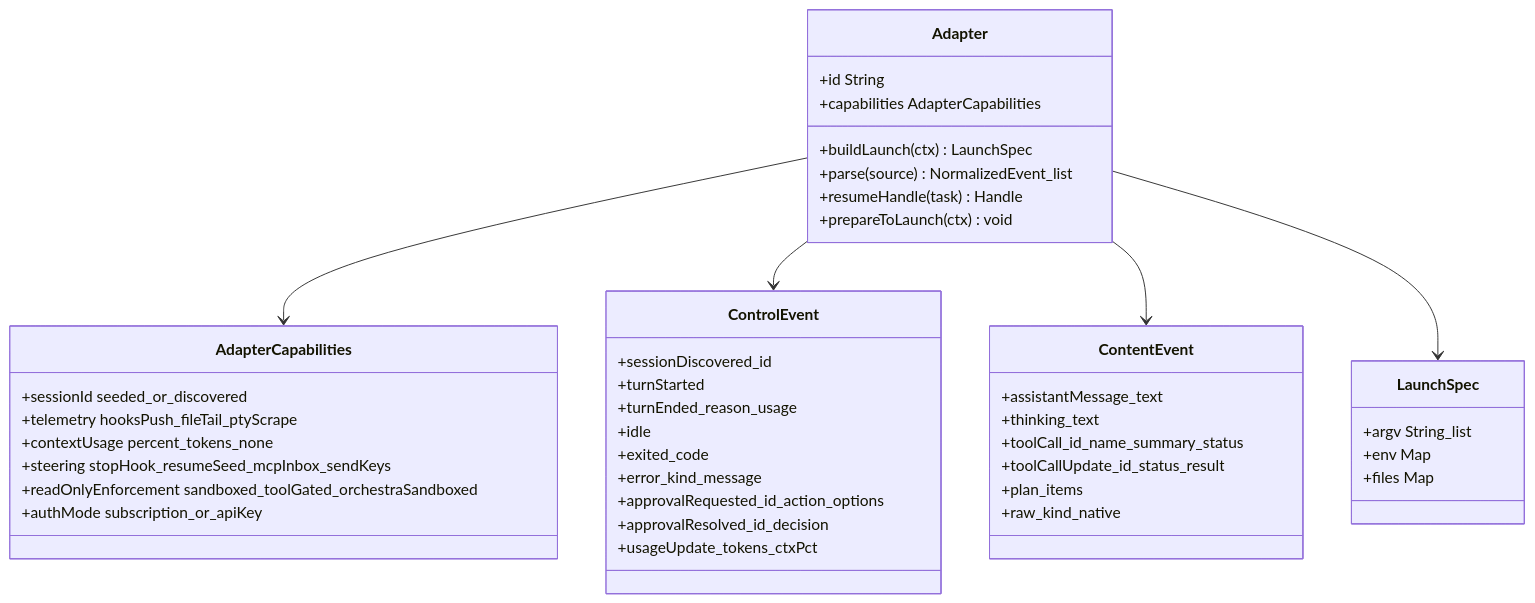
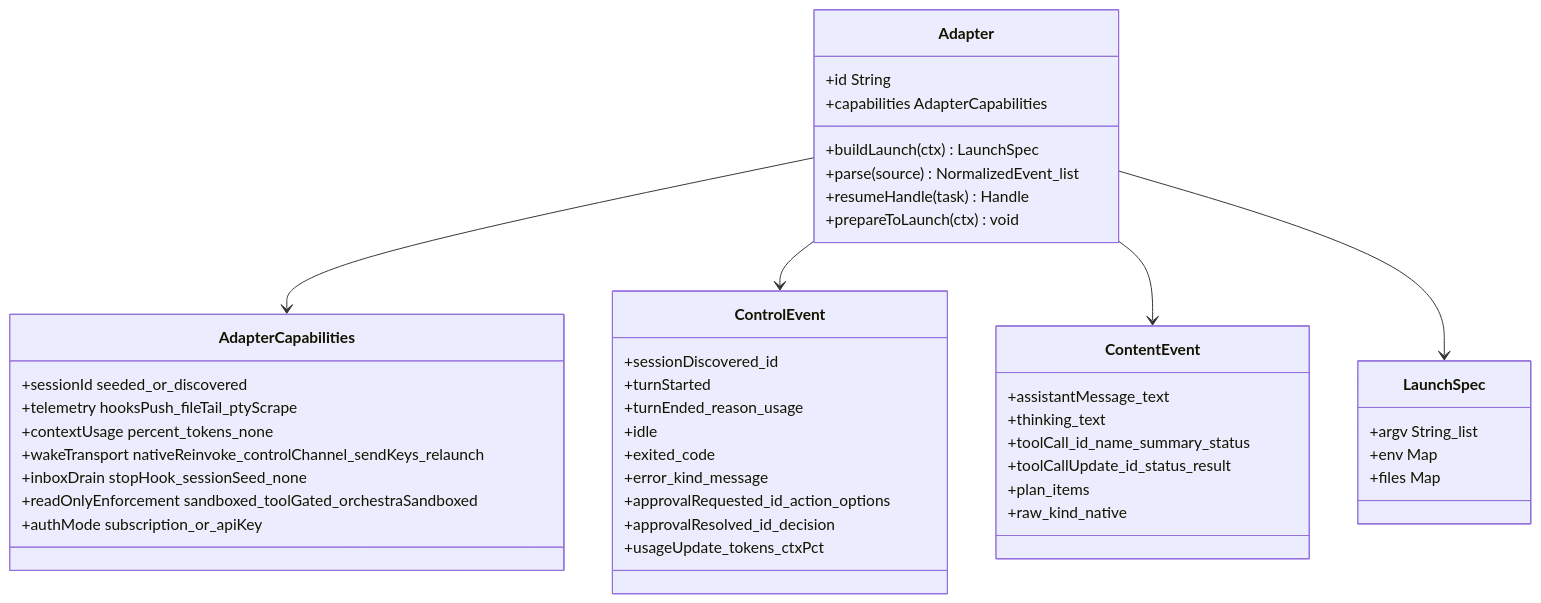
One commit to PeiAllen/claude-kanban changed the second of 7 diagrams in notes/designs/agent-provider-interface.md. Above: the diagram before and after it, drawn with Mermaid. The commit also changed other lines of this file, not shown here.

First line of the commit message:
design(agent-provider): live-delivery three-function model (F1/F2/F3) + wake transport

````diff
--- a/notes/designs/agent-provider-interface.md
+++ b/notes/designs/agent-provider-interface.md
@@ -145,47 +145,48 @@
 ```mermaid
 classDiagram
     class Adapter {
       +id String
       +capabilities AdapterCapabilities
       +buildLaunch(ctx) LaunchSpec
       +parse(source) NormalizedEvent_list
       +resumeHandle(task) Handle
       +prepareToLaunch(ctx) void
     }
     class AdapterCapabilities {
       +sessionId  seeded_or_discovered
       +telemetry  hooksPush_fileTail_ptyScrape
       +contextUsage  percent_tokens_none
-      +steering  stopHook_resumeSeed_mcpInbox_sendKeys
+      +wakeTransport  nativeReinvoke_controlChannel_sendKeys_relaunch
+      +inboxDrain  stopHook_sessionSeed_none
       +readOnlyEnforcement  sandboxed_toolGated_orchestraSandboxed
       +authMode  subscription_or_apiKey
     }
     class ControlEvent {
       +sessionDiscovered_id
       +turnStarted
       +turnEnded_reason_usage
       +idle
       +exited_code
       +error_kind_message
       +approvalRequested_id_action_options
       +approvalResolved_id_decision
       +usageUpdate_tokens_ctxPct
     }
     class ContentEvent {
       +assistantMessage_text
       +thinking_text
       +toolCall_id_name_summary_status
       +toolCallUpdate_id_status_result
       +plan_items
       +raw_kind_native
     }
     class LaunchSpec {
       +argv String_list
       +env Map
       +files Map
     }
     Adapter --> AdapterCapabilities
     Adapter --> ControlEvent
     Adapter --> ContentEvent
     Adapter --> LaunchSpec
 ```
````
